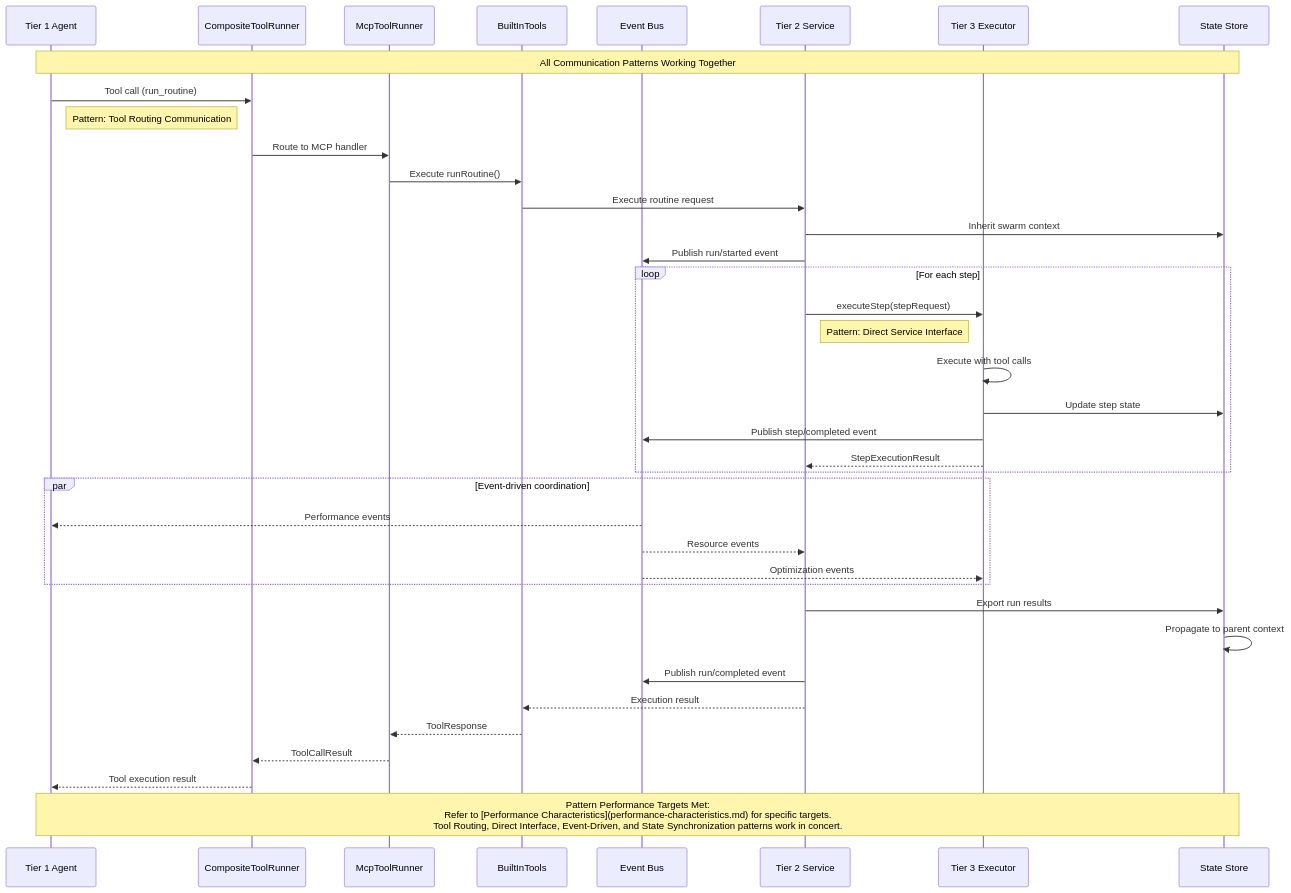
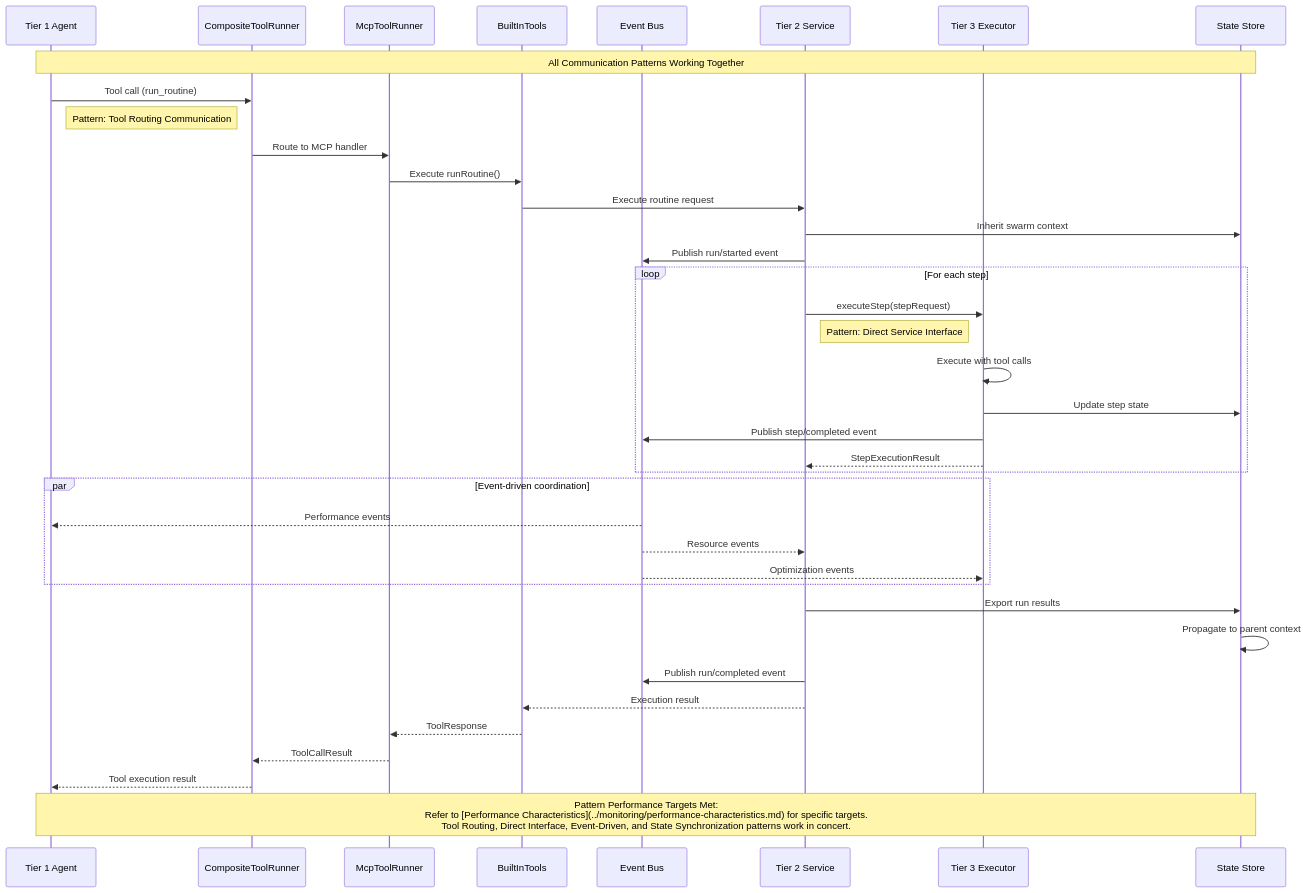
Before and after one commit to Vrooli/Vrooli: the second of 2 diagrams in docs/architecture/execution/communication/communication-patterns.md, drawn with Mermaid. The commit also changed other lines of this file and 40 other files, not shown here.

````diff
--- a/docs/architecture/execution/communication/communication-patterns.md
+++ b/docs/architecture/execution/communication/communication-patterns.md
@@ -114,50 +114,50 @@
 ```mermaid
 sequenceDiagram
     participant Agent as Tier 1 Agent
     participant ToolRunner as CompositeToolRunner
     participant McpRunner as McpToolRunner
     participant BuiltInTools as BuiltInTools
     participant EB as Event Bus
     participant T2 as Tier 2 Service
     participant T3 as Tier 3 Executor
     participant State as State Store
 
     Note over Agent,State: All Communication Patterns Working Together
 
     %% 1. Tool Routing Communication (T1→T2)
     Agent->>ToolRunner: Tool call (run_routine)
     Note right of Agent: Pattern: Tool Routing Communication
     ToolRunner->>McpRunner: Route to MCP handler
     McpRunner->>BuiltInTools: Execute runRoutine()
     BuiltInTools->>T2: Execute routine request
     T2->>State: Inherit swarm context
     T2->>EB: Publish run/started event
 
     %% 2. Direct Service Interface (T2→T3)
     loop For each step
         T2->>T3: executeStep(stepRequest)
         Note right of T2: Pattern: Direct Service Interface
         T3->>T3: Execute with tool calls
         T3->>State: Update step state
         T3->>EB: Publish step/completed event
         T3-->>T2: StepExecutionResult
     end
 
     %% 3. Event-driven coordination
     par Event-driven coordination
         EB-->>Agent: Performance events
         EB-->>T2: Resource events  
         EB-->>T3: Optimization events
     end
 
     %% 4. State synchronization
     T2->>State: Export run results
     State->>State: Propagate to parent context
     T2->>EB: Publish run/completed event
     T2-->>BuiltInTools: Execution result
     BuiltInTools-->>McpRunner: ToolResponse
     McpRunner-->>ToolRunner: ToolCallResult
     ToolRunner-->>Agent: Tool execution result
 
-    Note over Agent,State: Pattern Performance Targets Met:<br/>Refer to [Performance Characteristics](performance-characteristics.md) for specific targets.<br/>Tool Routing, Direct Interface, Event-Driven, and State Synchronization patterns work in concert.
+    Note over Agent,State: Pattern Performance Targets Met:<br/>Refer to [Performance Characteristics](../monitoring/performance-characteristics.md) for specific targets.<br/>Tool Routing, Direct Interface, Event-Driven, and State Synchronization patterns work in concert.
 ```
````
